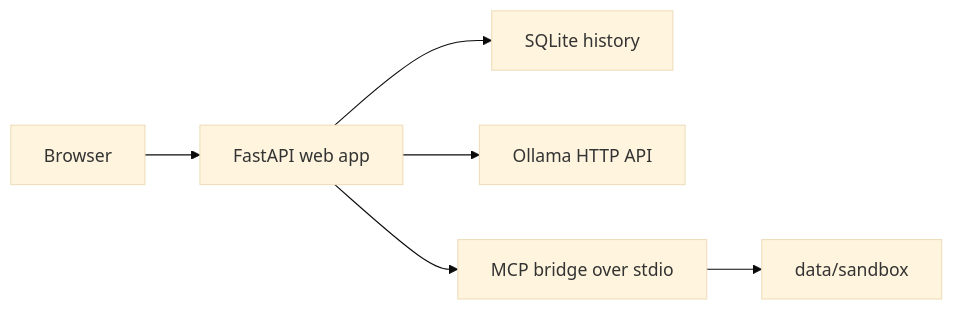
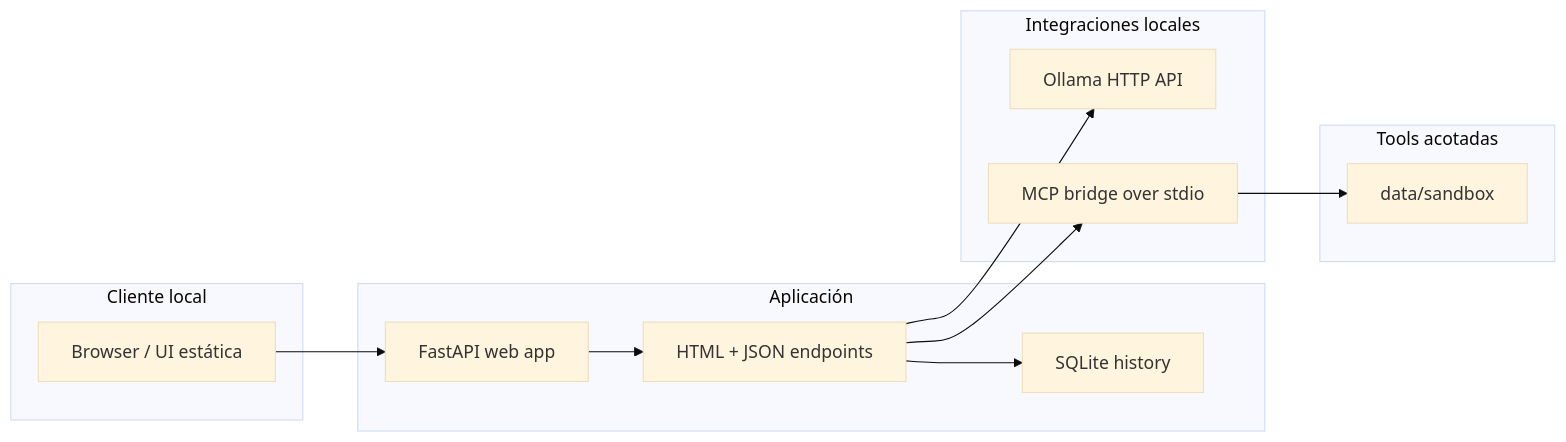
One commit to vladimiracunadev-create/mcp-ollama-local changed the first of 2 diagrams in README.md. Above: the diagram before and after it, drawn with Mermaid (base theme). The commit also changed other lines of this file and 1 other file, not shown here.

Commit message:
docs: improve architecture and trust profile diagrams

````diff
--- a/README.md
+++ b/README.md
@@ -27,8 +27,28 @@
 ```mermaid
-graph LR
-    Browser["Browser"] --> Web["FastAPI web app"]
-    Web --> SQLite["SQLite history"]
-    Web --> Ollama["Ollama HTTP API"]
-    Web --> MCP["MCP bridge over stdio"]
-    MCP --> Sandbox["data/sandbox"]
+flowchart LR
+    subgraph Client["Cliente local"]
+        Browser["Browser / UI estática"]
+    end
+
+    subgraph App["Aplicación"]
+        Web["FastAPI web app"]
+        API["HTML + JSON endpoints"]
+        DB["SQLite history"]
+    end
+
+    subgraph AI["Integraciones locales"]
+        Ollama["Ollama HTTP API"]
+        MCP["MCP bridge over stdio"]
+    end
+
+    subgraph Tools["Tools acotadas"]
+        Sandbox["data/sandbox"]
+    end
+
+    Browser --> Web
+    Web --> API
+    API --> DB
+    API --> Ollama
+    API --> MCP
+    MCP --> Sandbox
 ```
````
